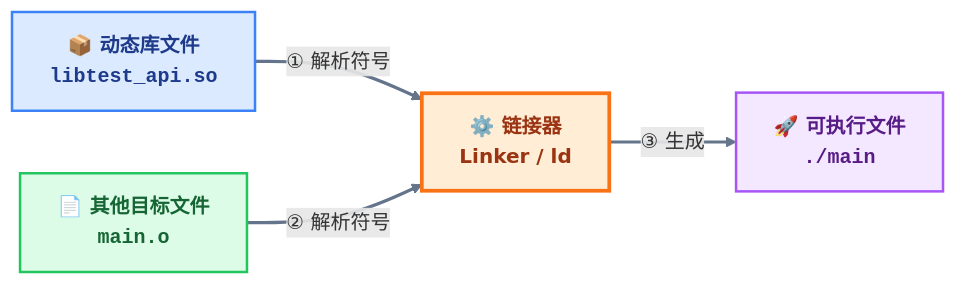
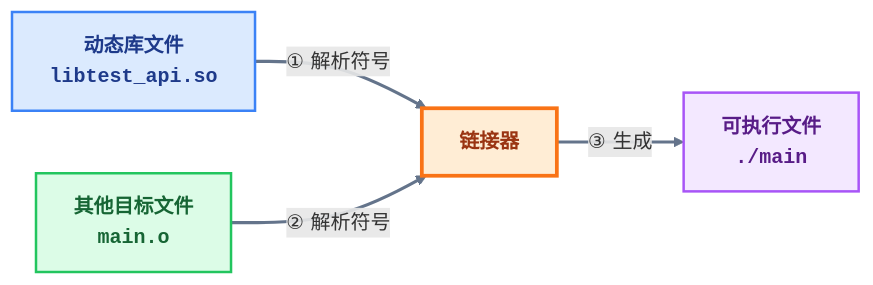
Before and after one commit to dmjcb/dmjcb.github.io: the fifth of 6 diagrams in _posts/c_c++/library/2023-02-28-dynamic library.md, drawn with Mermaid. The commit also changed other lines of this file and 10 other files, not shown here.

````diff
--- a/_posts/c_c++/library/2023-02-28-dynamic library.md
+++ b/_posts/c_c++/library/2023-02-28-dynamic library.md
@@ -309,23 +306,23 @@
 ```mermaid
 flowchart LR
     %% 样式定义
     classDef libFile fill:#dbeafe,stroke:#3b82f6,stroke-width:2px,color:#1e3a8a,font-weight:bold;
     classDef objFile fill:#dcfce7,stroke:#22c55e,stroke-width:2px,color:#166534,font-weight:bold;
     classDef linker fill:#ffedd5,stroke:#f97316,stroke-width:3px,color:#9a3412,font-weight:bold;
     classDef exeFile fill:#f3e8ff,stroke:#a855f7,stroke-width:2px,color:#581c87,font-weight:bold;
 
     %% 节点定义
-    Lib["📦 <b>动态库文件</b><br><code>libtest_api.so</code>"]:::libFile
-    Obj["📄 <b>其他目标文件</b><br><code>main.o</code>"]:::objFile
-    Linker["⚙️ <b>链接器</b><br>Linker / ld"]:::linker
-    Exe["🚀 <b>可执行文件</b><br><code>./main</code>"]:::exeFile
+    Lib["动态库文件</b><br><code>libtest_api.so</code>"]:::libFile
+    Obj["其他目标文件</b><br><code>main.o</code>"]:::objFile
+    Linker["链接器"]:::linker
+    Exe["可执行文件</b><br><code>./main</code>"]:::exeFile
 
     %% 连线关系
     Lib ==>|"① 解析符号"| Linker
     Obj ==>|"② 解析符号"| Linker
     Linker ==>|"③ 生成"| Exe
 
     %% 连线样式统一
     linkStyle 0,1,2 stroke:#64748b,stroke-width:2.5px;
 
 ```
````
